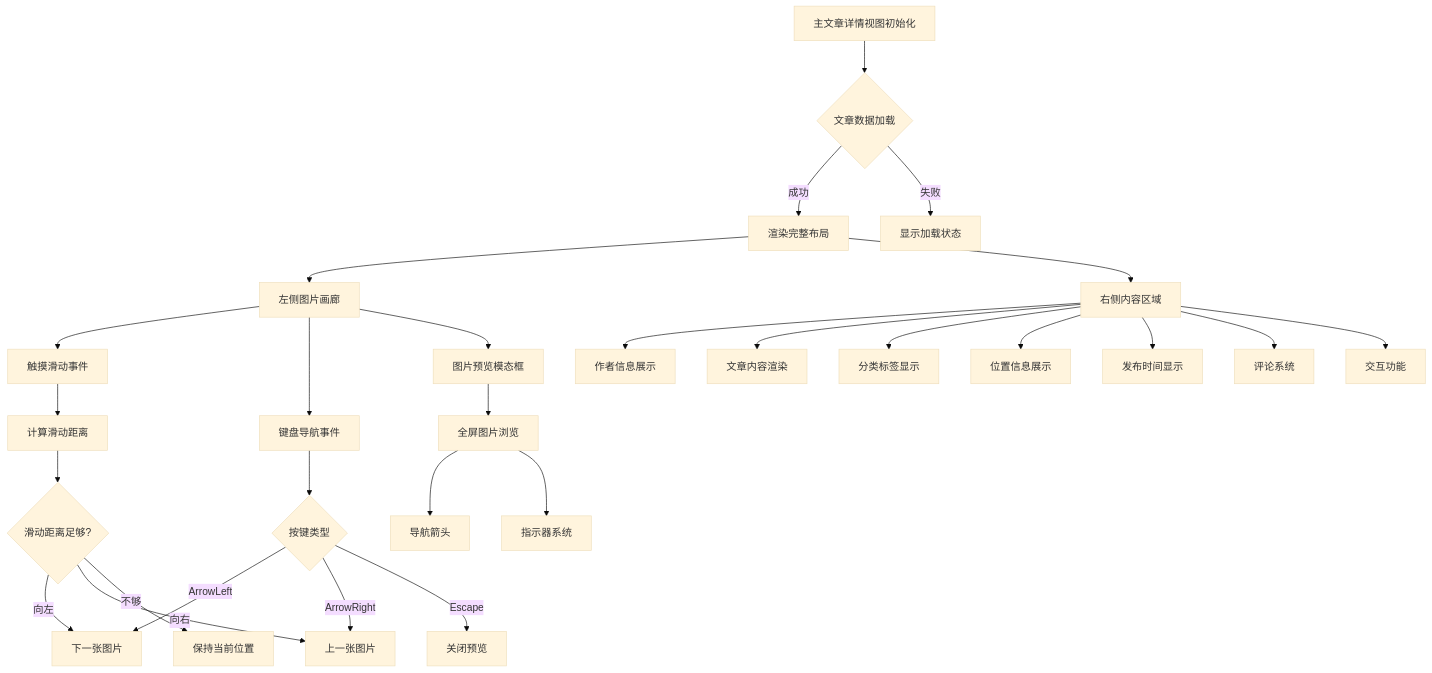
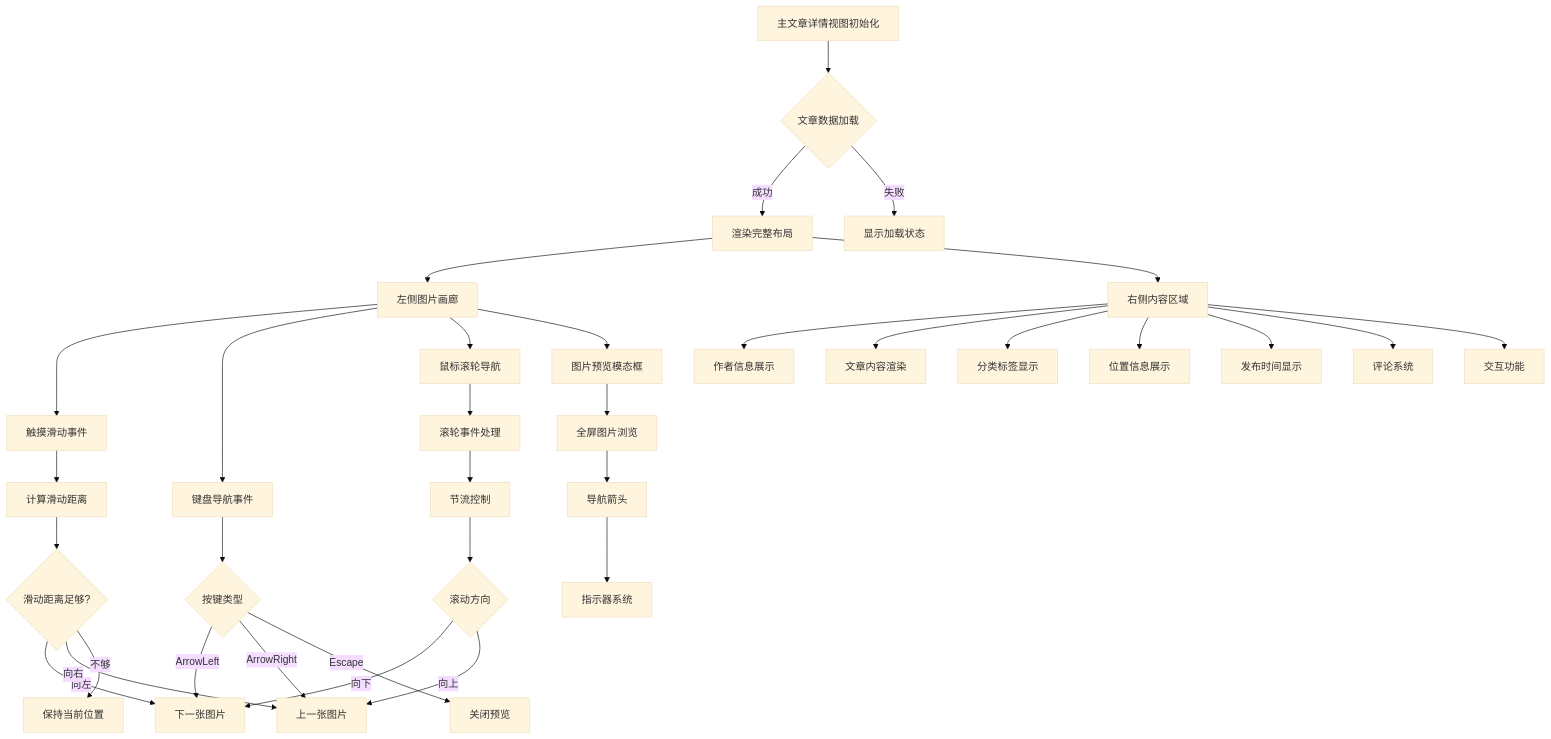
Before and after one commit to 20164206160/zhishilu: the sixth of 16 diagrams in .qoder/repowiki/zh/content/Article Detail View.md, drawn with Mermaid (base theme). The commit also changed other lines of this file and 26 other files, not shown here.

````diff
--- a/.qoder/repowiki/zh/content/Article Detail View.md
+++ b/.qoder/repowiki/zh/content/Article Detail View.md
@@ -296,30 +307,36 @@
 ```mermaid
 flowchart TD
 A[主文章详情视图初始化] --> B{文章数据加载}
 B --> |成功| C[渲染完整布局]
 B --> |失败| D[显示加载状态]
 C --> E[左侧图片画廊]
 C --> F[右侧内容区域]
 E --> G[触摸滑动事件]
 E --> H[键盘导航事件]
-E --> I[图片预览模态框]
-F --> J[作者信息展示]
-F --> K[文章内容渲染]
-F --> L[分类标签显示]
-F --> M[位置信息展示]
-F --> N[发布时间显示]
-F --> O[评论系统]
-F --> P[交互功能]
-G --> Q[计算滑动距离]
-Q --> R{滑动距离足够?}
-R --> |向左| S[下一张图片]
-R --> |向右| T[上一张图片]
-R --> |不够| U[保持当前位置]
-H --> V{按键类型}
-V --> |ArrowLeft| S
-V --> |ArrowRight| T
-V --> |Escape| W[关闭预览]
-I --> X[全屏图片浏览]
-X --> Y[导航箭头]
-X --> Z[指示器系统]
+E --> I[鼠标滚轮导航]
+E --> J[图片预览模态框]
+F --> K[作者信息展示]
+F --> L[文章内容渲染]
+F --> M[分类标签显示]
+F --> N[位置信息展示]
+F --> O[发布时间显示]
+F --> P[评论系统]
+F --> Q[交互功能]
+G --> R[计算滑动距离]
+R --> S{滑动距离足够?}
+S --> |向左| T[下一张图片]
+S --> |向右| U[上一张图片]
+S --> |不够| V[保持当前位置]
+H --> W{按键类型}
+W --> |ArrowLeft| T
+W --> |ArrowRight| U
+W --> |Escape| X[关闭预览]
+I --> Y[滚轮事件处理]
+Y --> Z[节流控制]
+Z --> AA{滚动方向}
+AA --> |向下| T
+AA --> |向上| U
+J --> AB[全屏图片浏览]
+AB --> AC[导航箭头]
+AC --> AD[指示器系统]
 ```
````
